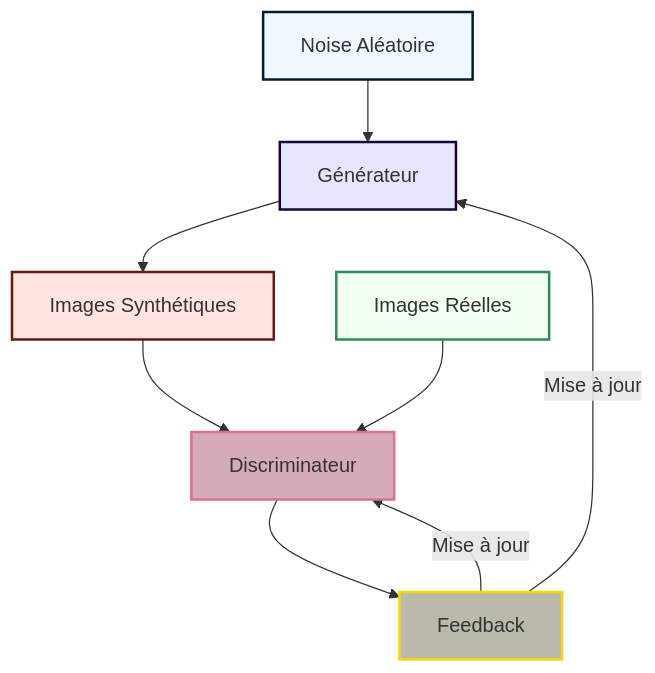
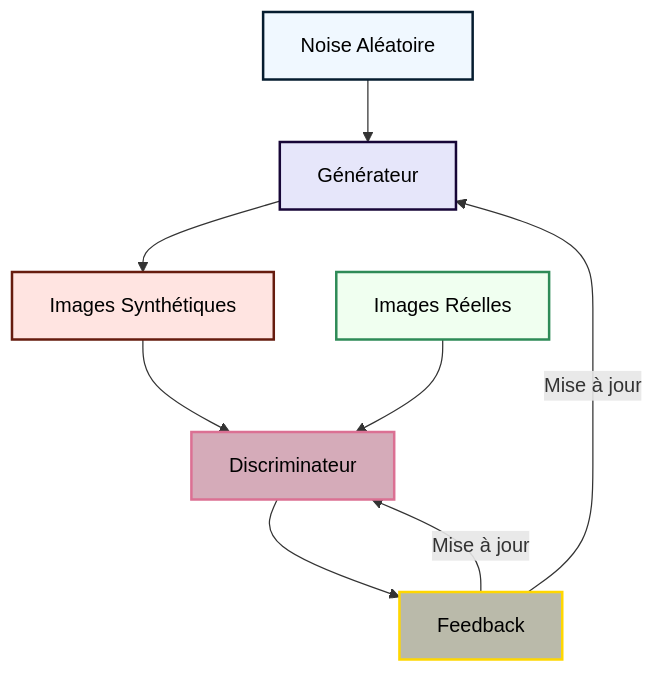
The diagram in README.md (Siamsell/medical-image-gan), drawn with Mermaid before and after one commit. The commit also changed other lines of this file, not shown here.

Commit message:
README.md

````diff
--- a/README.md
+++ b/README.md
@@ -19,17 +17,17 @@
 ```mermaid
 graph TD
     A[Noise Aléatoire]:::noise --> B[Générateur]:::generator
     B --> C[Images Synthétiques]:::fake
     D[Images Réelles]:::real --> E[Discriminateur]:::discriminator
     C --> E
     E --> F[Feedback]:::loss
     F -->|Mise à jour| B
     F -->|Mise à jour| E
     
-    classDef noise fill:#F0F8FF,stroke:#051C2F,stroke-width:2px
-    classDef generator fill:#E6E6FA,stroke:#170637,stroke-width:2px
-    classDef fake fill:#FFE4E1,stroke:#661B0E,stroke-width:2px
-    classDef real fill:#F0FFF0,stroke:#2E8B57,stroke-width:2px
-    classDef discriminator fill:#D5ABB9,stroke:#DB7093,stroke-width:2px
-    classDef loss fill:#BABAAA,stroke:#FFD700,stroke-width:2px
+    classDef noise fill:#F0F8FF,stroke:#051C2F,stroke-width:2px,color:black
+    classDef generator fill:#E6E6FA,stroke:#170637,stroke-width:2px,color:black
+    classDef fake fill:#FFE4E1,stroke:#661B0E,stroke-width:2px,color:black
+    classDef real fill:#F0FFF0,stroke:#2E8B57,stroke-width:2px,color:black
+    classDef discriminator fill:#D5ABB9,stroke:#DB7093,stroke-width:2px,color:black
+    classDef loss fill:#BABAAA,stroke:#FFD700,stroke-width:2px,color:black
 ```
````
